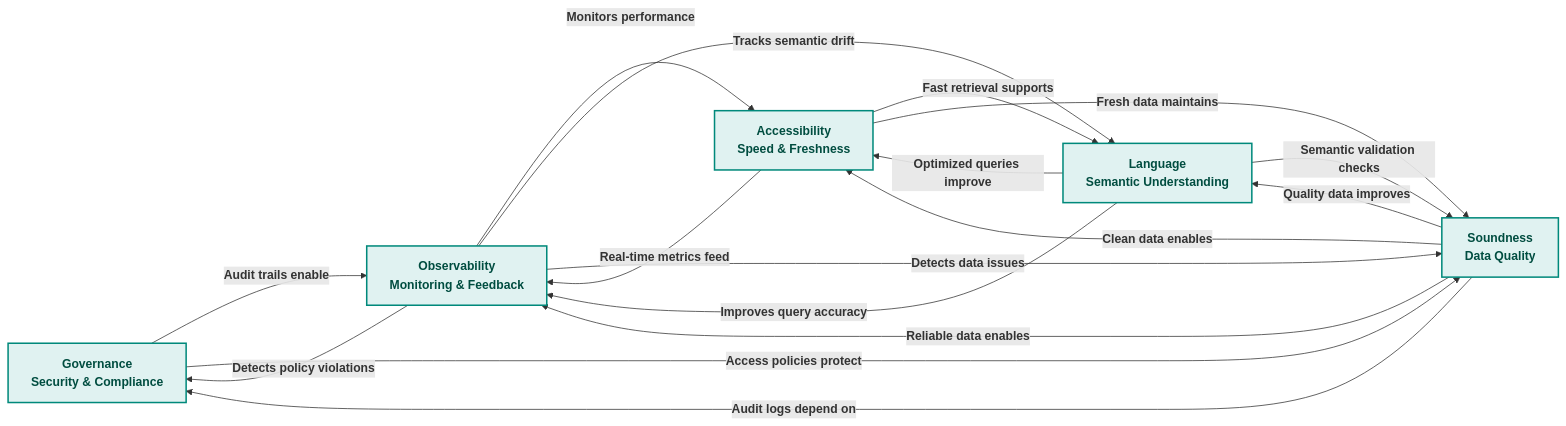
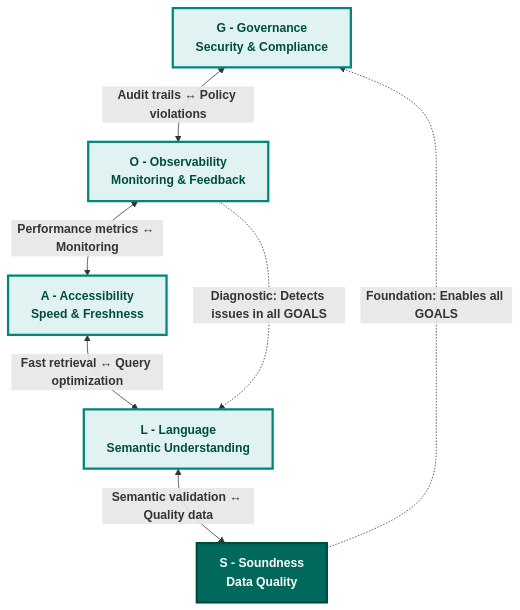
Before and after one commit to colaberry/enterprise-data-readiness-ai-agents: the second of 11 diagrams in chapter-02/chapter_2_complete.md, drawn with Mermaid. The commit also changed other lines of this file, not shown here.

First line of the commit message:
diagrams simplified and updated

````diff
--- a/chapter-02/chapter_2_complete.md
+++ b/chapter-02/chapter_2_complete.md
@@ -214,38 +153,22 @@
 ```mermaid
-graph LR
-    G["<b>Governance</b><br/><b>Security & Compliance</b>"]
-    O["<b>Observability</b><br/><b>Monitoring & Feedback</b>"]
-    A["<b>Accessibility</b><br/><b>Speed & Freshness</b>"]
-    L["<b>Language</b><br/><b>Semantic Understanding</b>"]
-    S["<b>Soundness</b><br/><b>Data Quality</b>"]
+graph TB
+    G["<b>G - Governance</b><br/><b>Security & Compliance</b>"]
+    O["<b>O - Observability</b><br/><b>Monitoring & Feedback</b>"]
+    A["<b>A - Accessibility</b><br/><b>Speed & Freshness</b>"]
+    L["<b>L - Language</b><br/><b>Semantic Understanding</b>"]
+    S["<b>S - Soundness</b><br/><b>Data Quality</b>"]
     
-    G -->|<b>Audit trails enable</b>| O
-    O -->|<b>Detects policy violations</b>| G
+    G <-->|<b>Audit trails ↔ Policy violations</b>| O
+    O <-->|<b>Performance metrics ↔ Monitoring</b>| A
+    A <-->|<b>Fast retrieval ↔ Query optimization</b>| L
+    L <-->|<b>Semantic validation ↔ Quality data</b>| S
     
-    O -->|<b>Monitors performance</b>| A
-    A -->|<b>Real-time metrics feed</b>| O
+    S -.->|<b>Foundation: Enables all GOALS</b>| G
+    O -.->|<b>Diagnostic: Detects issues in all GOALS</b>| L
     
-    O -->|<b>Tracks semantic drift</b>| L
-    L -->|<b>Improves query accuracy</b>| O
-    
-    O -->|<b>Detects data issues</b>| S
-    S -->|<b>Reliable data enables</b>| O
-    
-    A -->|<b>Fast retrieval supports</b>| L
-    L -->|<b>Optimized queries improve</b>| A
-    
-    L -->|<b>Semantic validation checks</b>| S
-    S -->|<b>Quality data improves</b>| L
-    
-    S -->|<b>Clean data enables</b>| A
-    A -->|<b>Fresh data maintains</b>| S
-    
-    G -->|<b>Access policies protect</b>| S
-    S -->|<b>Audit logs depend on</b>| G
-    
-    style G fill:#e0f2f1,stroke:#00897b,stroke-width:2px,color:#004d40
-    style O fill:#e0f2f1,stroke:#00897b,stroke-width:2px,color:#004d40
-    style A fill:#e0f2f1,stroke:#00897b,stroke-width:2px,color:#004d40
-    style L fill:#e0f2f1,stroke:#00897b,stroke-width:2px,color:#004d40
-    style S fill:#e0f2f1,stroke:#00897b,stroke-width:2px,color:#004d40
+    style G fill:#e0f2f1,stroke:#00897b,stroke-width:3px,color:#004d40
+    style O fill:#e0f2f1,stroke:#00897b,stroke-width:3px,color:#004d40
+    style A fill:#e0f2f1,stroke:#00897b,stroke-width:3px,color:#004d40
+    style L fill:#e0f2f1,stroke:#00897b,stroke-width:3px,color:#004d40
+    style S fill:#00695c,color:#ffffff,stroke:#004d40,stroke-width:3px
 ```
````
